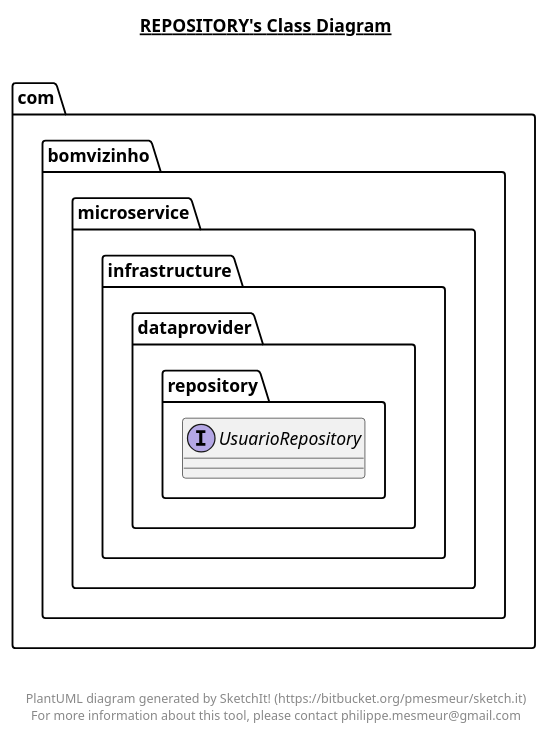
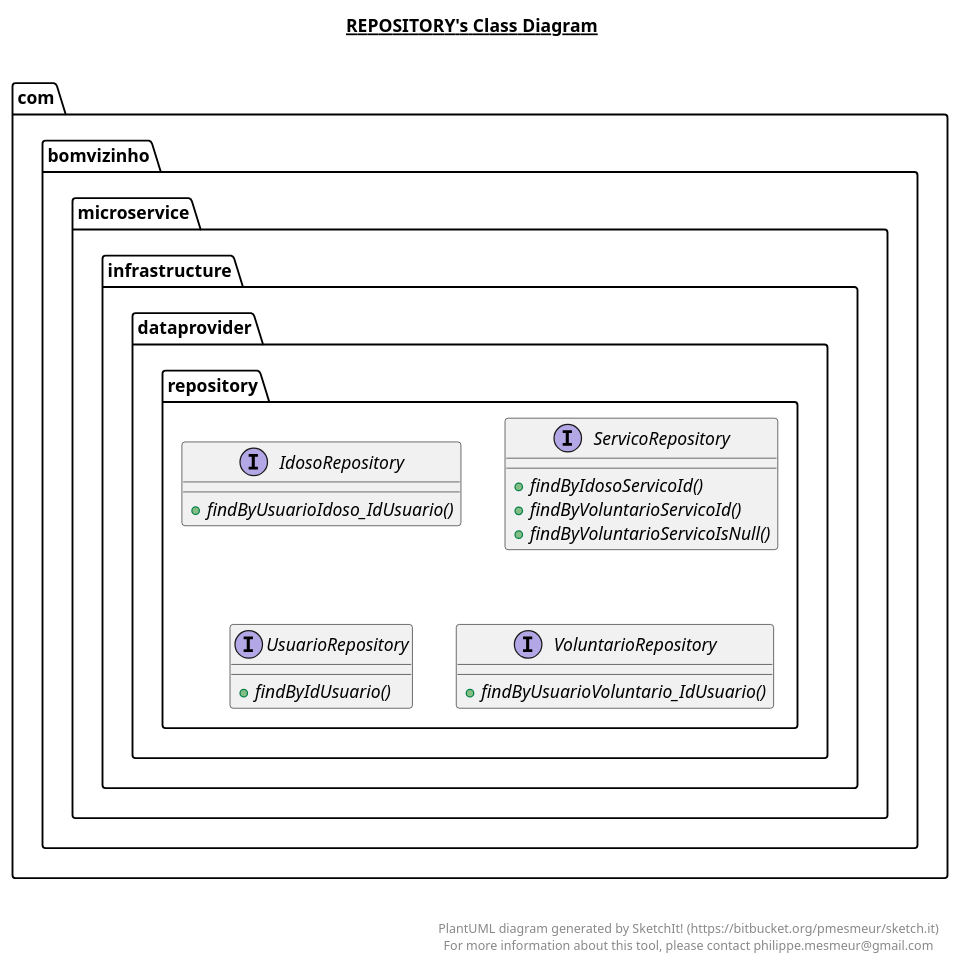
One commit to viniciustavanoferreira/voluntariado-backend changed the diagram in src/main/java/com/bomvizinho/microservice/infrastructure/dataprovider/repository/repository.plantuml. Above: the diagram before and after it, drawn with PlantUML. The commit also changed 21 other files, not shown here.

Commit message:
feat: add plantuml and return service when create or uptade

```diff
--- a/src/main/java/com/bomvizinho/microservice/infrastructure/dataprovider/repository/repository.plantuml
+++ b/src/main/java/com/bomvizinho/microservice/infrastructure/dataprovider/repository/repository.plantuml
@@ -1,22 +1,52 @@
 @startuml
 
 title __REPOSITORY's Class Diagram__\n
 
   namespace com.bomvizinho.microservice {
     namespace infrastructure.dataprovider.repository {
+      interface com.bomvizinho.microservice.infrastructure.dataprovider.repository.IdosoRepository {
+          {abstract} + findByUsuarioIdoso_IdUsuario()
+      }
+    }
+  }
+  
+
+  namespace com.bomvizinho.microservice {
+    namespace infrastructure.dataprovider.repository {
+      interface com.bomvizinho.microservice.infrastructure.dataprovider.repository.ServicoRepository {
+          {abstract} + findByIdosoServicoId()
+          {abstract} + findByVoluntarioServicoId()
+          {abstract} + findByVoluntarioServicoIsNull()
+      }
+    }
+  }
+  
+
+  namespace com.bomvizinho.microservice {
+    namespace infrastructure.dataprovider.repository {
       interface com.bomvizinho.microservice.infrastructure.dataprovider.repository.UsuarioRepository {
+          {abstract} + findByIdUsuario()
+      }
+    }
+  }
+  
+
+  namespace com.bomvizinho.microservice {
+    namespace infrastructure.dataprovider.repository {
+      interface com.bomvizinho.microservice.infrastructure.dataprovider.repository.VoluntarioRepository {
+          {abstract} + findByUsuarioVoluntario_IdUsuario()
       }
     }
   }
   
 
 
 
 right footer
 
 
 PlantUML diagram generated by SketchIt! (https://bitbucket.org/pmesmeur/sketch.it)
 For more information about this tool, please contact philippe.mesmeur@gmail.com
 endfooter
 
 @enduml
```
